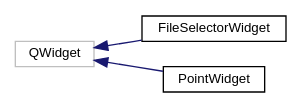
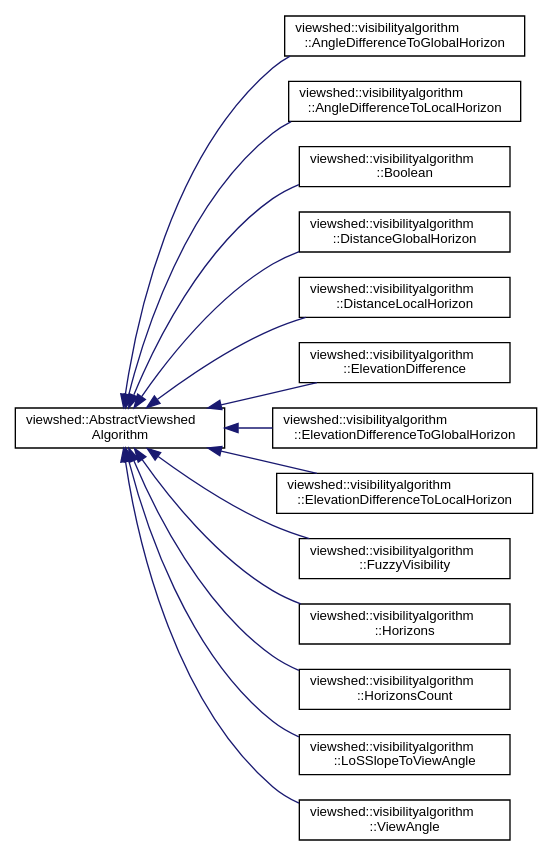
Before and after one commit to JanCaha/cpp-viewshed-library: the diagram in inherit_graph_2.dot, drawn with Graphviz. The commit also changed 90 other files, not shown here.

```diff
--- a/inherit_graph_2.dot
+++ b/inherit_graph_2.dot
@@ -1,12 +1,34 @@
 digraph "Graphical Class Hierarchy"
 {
  // LATEX_PDF_SIZE
   edge [fontname="Helvetica",fontsize="10",labelfontname="Helvetica",labelfontsize="10"];
   node [fontname="Helvetica",fontsize="10",shape=record];
   rankdir="LR";
-  Node27 [label="QWidget",height=0.2,width=0.4,color="grey75", fillcolor="white", style="filled",tooltip=" "];
-  Node27 -> Node0 [dir="back",color="midnightblue",fontsize="10",style="solid",fontname="Helvetica"];
-  Node0 [label="FileSelectorWidget",height=0.2,width=0.4,color="black", fillcolor="white", style="filled",URL="$classFileSelectorWidget.html",tooltip=" "];
-  Node27 -> Node29 [dir="back",color="midnightblue",fontsize="10",style="solid",fontname="Helvetica"];
-  Node29 [label="PointWidget",height=0.2,width=0.4,color="black", fillcolor="white", style="filled",URL="$classPointWidget.html",tooltip=" "];
+  Node0 [label="viewshed::AbstractViewshed\lAlgorithm",height=0.2,width=0.4,color="black", fillcolor="white", style="filled",URL="$classviewshed_1_1AbstractViewshedAlgorithm.html",tooltip="Base class for all Viewshed Algorithms."];
+  Node0 -> Node1 [dir="back",color="midnightblue",fontsize="10",style="solid",fontname="Helvetica"];
+  Node1 [label="viewshed::visibilityalgorithm\l::AngleDifferenceToGlobalHorizon",height=0.2,width=0.4,color="black", fillcolor="white", style="filled",URL="$classviewshed_1_1visibilityalgorithm_1_1AngleDifferenceToGlobalHorizon.html",tooltip=" "];
+  Node0 -> Node2 [dir="back",color="midnightblue",fontsize="10",style="solid",fontname="Helvetica"];
+  Node2 [label="viewshed::visibilityalgorithm\l::AngleDifferenceToLocalHorizon",height=0.2,width=0.4,color="black", fillcolor="white", style="filled",URL="$classviewshed_1_1visibilityalgorithm_1_1AngleDifferenceToLocalHorizon.html",tooltip=" "];
+  Node0 -> Node3 [dir="back",color="midnightblue",fontsize="10",style="solid",fontname="Helvetica"];
+  Node3 [label="viewshed::visibilityalgorithm\l::Boolean",height=0.2,width=0.4,color="black", fillcolor="white", style="filled",URL="$classviewshed_1_1visibilityalgorithm_1_1Boolean.html",tooltip=" "];
+  Node0 -> Node4 [dir="back",color="midnightblue",fontsize="10",style="solid",fontname="Helvetica"];
+  Node4 [label="viewshed::visibilityalgorithm\l::DistanceGlobalHorizon",height=0.2,width=0.4,color="black", fillcolor="white", style="filled",URL="$classviewshed_1_1visibilityalgorithm_1_1DistanceGlobalHorizon.html",tooltip=" "];
+  Node0 -> Node5 [dir="back",color="midnightblue",fontsize="10",style="solid",fontname="Helvetica"];
+  Node5 [label="viewshed::visibilityalgorithm\l::DistanceLocalHorizon",height=0.2,width=0.4,color="black", fillcolor="white", style="filled",URL="$classviewshed_1_1visibilityalgorithm_1_1DistanceLocalHorizon.html",tooltip=" "];
+  Node0 -> Node6 [dir="back",color="midnightblue",fontsize="10",style="solid",fontname="Helvetica"];
+  Node6 [label="viewshed::visibilityalgorithm\l::ElevationDifference",height=0.2,width=0.4,color="black", fillcolor="white", style="filled",URL="$classviewshed_1_1visibilityalgorithm_1_1ElevationDifference.html",tooltip=" "];
+  Node0 -> Node7 [dir="back",color="midnightblue",fontsize="10",style="solid",fontname="Helvetica"];
+  Node7 [label="viewshed::visibilityalgorithm\l::ElevationDifferenceToGlobalHorizon",height=0.2,width=0.4,color="black", fillcolor="white", style="filled",URL="$classviewshed_1_1visibilityalgorithm_1_1ElevationDifferenceToGlobalHorizon.html",tooltip=" "];
+  Node0 -> Node8 [dir="back",color="midnightblue",fontsize="10",style="solid",fontname="Helvetica"];
+  Node8 [label="viewshed::visibilityalgorithm\l::ElevationDifferenceToLocalHorizon",height=0.2,width=0.4,color="black", fillcolor="white", style="filled",URL="$classviewshed_1_1visibilityalgorithm_1_1ElevationDifferenceToLocalHorizon.html",tooltip=" "];
+  Node0 -> Node9 [dir="back",color="midnightblue",fontsize="10",style="solid",fontname="Helvetica"];
+  Node9 [label="viewshed::visibilityalgorithm\l::FuzzyVisibility",height=0.2,width=0.4,color="black", fillcolor="white", style="filled",URL="$classviewshed_1_1visibilityalgorithm_1_1FuzzyVisibility.html",tooltip=" "];
+  Node0 -> Node10 [dir="back",color="midnightblue",fontsize="10",style="solid",fontname="Helvetica"];
+  Node10 [label="viewshed::visibilityalgorithm\l::Horizons",height=0.2,width=0.4,color="black", fillcolor="white", style="filled",URL="$classviewshed_1_1visibilityalgorithm_1_1Horizons.html",tooltip=" "];
+  Node0 -> Node11 [dir="back",color="midnightblue",fontsize="10",style="solid",fontname="Helvetica"];
+  Node11 [label="viewshed::visibilityalgorithm\l::HorizonsCount",height=0.2,width=0.4,color="black", fillcolor="white", style="filled",URL="$classviewshed_1_1visibilityalgorithm_1_1HorizonsCount.html",tooltip=" "];
+  Node0 -> Node12 [dir="back",color="midnightblue",fontsize="10",style="solid",fontname="Helvetica"];
+  Node12 [label="viewshed::visibilityalgorithm\l::LoSSlopeToViewAngle",height=0.2,width=0.4,color="black", fillcolor="white", style="filled",URL="$classviewshed_1_1visibilityalgorithm_1_1LoSSlopeToViewAngle.html",tooltip=" "];
+  Node0 -> Node13 [dir="back",color="midnightblue",fontsize="10",style="solid",fontname="Helvetica"];
+  Node13 [label="viewshed::visibilityalgorithm\l::ViewAngle",height=0.2,width=0.4,color="black", fillcolor="white", style="filled",URL="$classviewshed_1_1visibilityalgorithm_1_1ViewAngle.html",tooltip=" "];
 }
```
